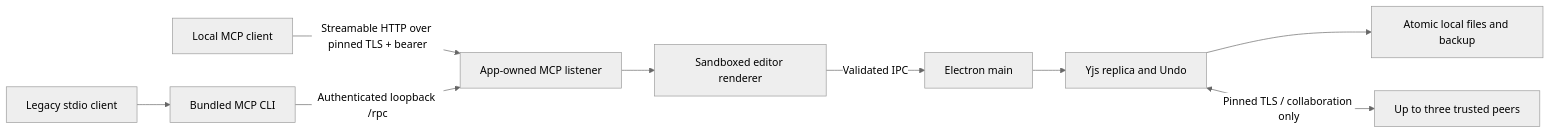
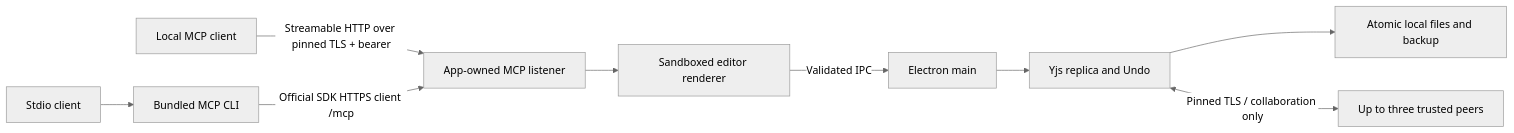
The diagram in docs/ARCHITECTURE.md (Dindb-dong/oh-my-canvas), drawn with Mermaid (neutral theme) before and after one commit. The commit also changed other lines of this file and 21 other files, not shown here.

````diff
--- a/docs/ARCHITECTURE.md
+++ b/docs/ARCHITECTURE.md
@@ -7,11 +7,11 @@
 ```mermaid
 flowchart LR
   Agent[Local MCP client] -->|Streamable HTTP over pinned TLS + bearer| Bridge[App-owned MCP listener]
-  Legacy[Legacy stdio client] --> CLI[Bundled MCP CLI]
-  CLI -->|Authenticated loopback /rpc| Bridge
+  Legacy[Stdio client] --> CLI[Bundled MCP CLI]
+  CLI -->|Official SDK HTTPS client /mcp| Bridge
   Bridge --> Renderer[Sandboxed editor renderer]
   Renderer -->|Validated IPC| Main[Electron main]
   Main --> Replica[Yjs replica and Undo]
   Replica --> Store[Atomic local files and backup]
   Replica <-->|Pinned TLS / collaboration only| Peer[Up to three trusted peers]
 ```
````
